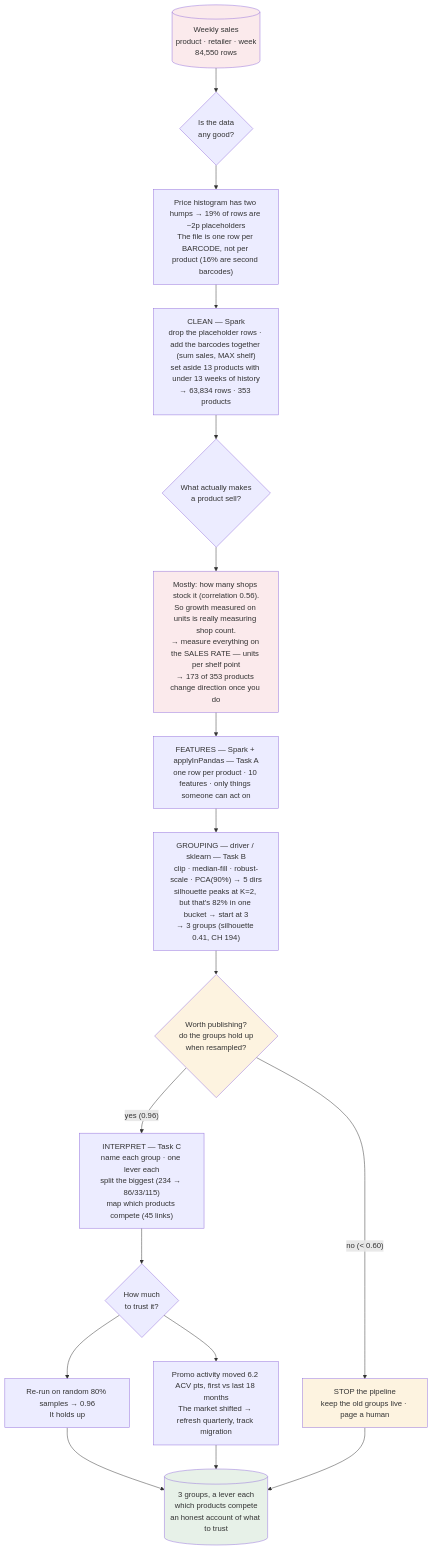
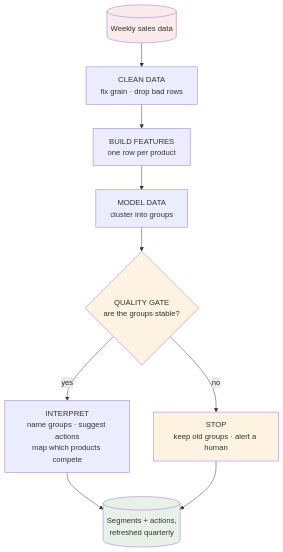
One commit to divij-pherwani/rgm-product-segmentation changed the diagram in README.md. Above: the diagram before and after it, drawn with Mermaid. The commit also changed other lines of this file, not shown here.

````diff
--- a/README.md
+++ b/README.md
@@ -40,35 +38,16 @@
 ```mermaid
 flowchart TD
-    RAW[("Weekly sales<br/>product · retailer · week<br/>84,550 rows")]
-
-    RAW --> Q1{"Is the data<br/>any good?"}
-    Q1 --> D1["Price histogram has two humps → 19% of rows are ~2p placeholders<br/>The file is one row per BARCODE, not per product (16% are second barcodes)"]
-
-    D1 --> CLEAN["CLEAN — Spark<br/>drop the placeholder rows · add the barcodes together (sum sales, MAX shelf)<br/>set aside 13 products with under 13 weeks of history<br/>→ 63,834 rows · 353 products"]
-
-    CLEAN --> Q3{"What actually makes<br/>a product sell?"}
-    Q3 --> D3["Mostly: how many shops stock it (correlation 0.56).<br/>So growth measured on units is really measuring shop count.<br/>→ measure everything on the SALES RATE — units per shelf point<br/>→ 173 of 353 products change direction once you do"]
-
-    D3 --> FEAT["FEATURES — Spark + applyInPandas — Task A<br/>one row per product · 10 features · only things someone can act on"]
-
-    FEAT --> MODEL["GROUPING — driver / sklearn — Task B<br/>clip · median-fill · robust-scale · PCA(90%) → 5 dirs<br/>silhouette peaks at K=2, but that's 82% in one bucket → start at 3<br/>→ 3 groups (silhouette 0.41, CH 194)"]
-
-    MODEL --> GATE{"Worth publishing?<br/>do the groups hold up<br/>when resampled?"}
-
-    GATE -->|"no (< 0.60)"| STOP["STOP the pipeline<br/>keep the old groups live · page a human"]
-    GATE -->|"yes (0.96)"| ACT["INTERPRET — Task C<br/>name each group · one lever each<br/>split the biggest (234 → 86/33/115)<br/>map which products compete (45 links)"]
-
-    ACT --> TRUST{"How much<br/>to trust it?"}
-    TRUST --> T1["Re-run on random 80% samples → 0.96<br/>It holds up"]
-    TRUST --> T2["Promo activity moved 6.2 ACV pts, first vs last 18 months<br/>The market shifted → refresh quarterly, track migration"]
-
-    T1 --> OUT[("3 groups, a lever each<br/>which products compete<br/>an honest account of what to trust")]
-    T2 --> OUT
+    RAW[("Weekly sales data")]
+    RAW --> CLEAN["CLEAN DATA<br/>fix grain · drop bad rows"]
+    CLEAN --> FEAT["BUILD FEATURES<br/>one row per product"]
+    FEAT --> MODEL["MODEL DATA<br/>cluster into groups"]
+    MODEL --> GATE{"QUALITY GATE<br/>are the groups stable?"}
+    GATE -->|no| STOP["STOP<br/>keep old groups · alert a human"]
+    GATE -->|yes| ACT["INTERPRET<br/>name groups · suggest actions<br/>map which products compete"]
+    ACT --> OUT[("Segments + actions,<br/>refreshed quarterly")]
     STOP --> OUT
-
     style RAW fill:#fbeaec
-    style D3 fill:#fbeaec
     style GATE fill:#fdf3e0
     style STOP fill:#fdf3e0
     style OUT fill:#e7f1e8
 ```
````
